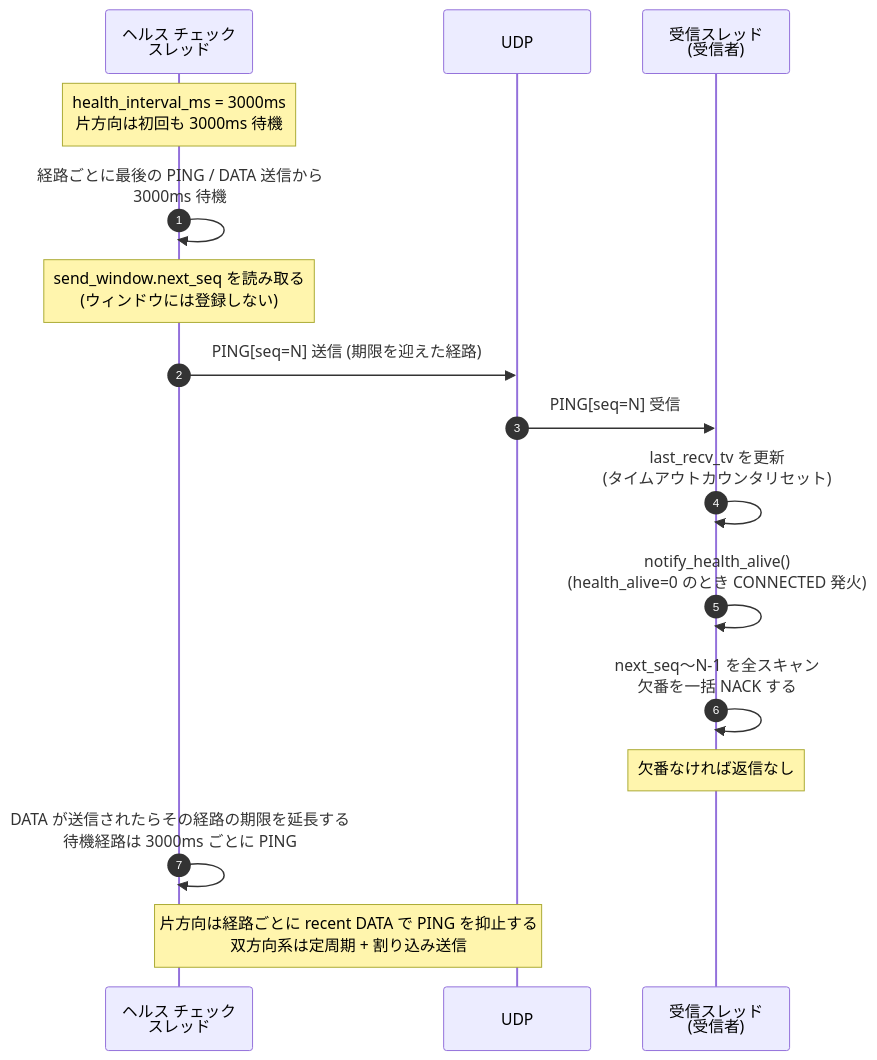
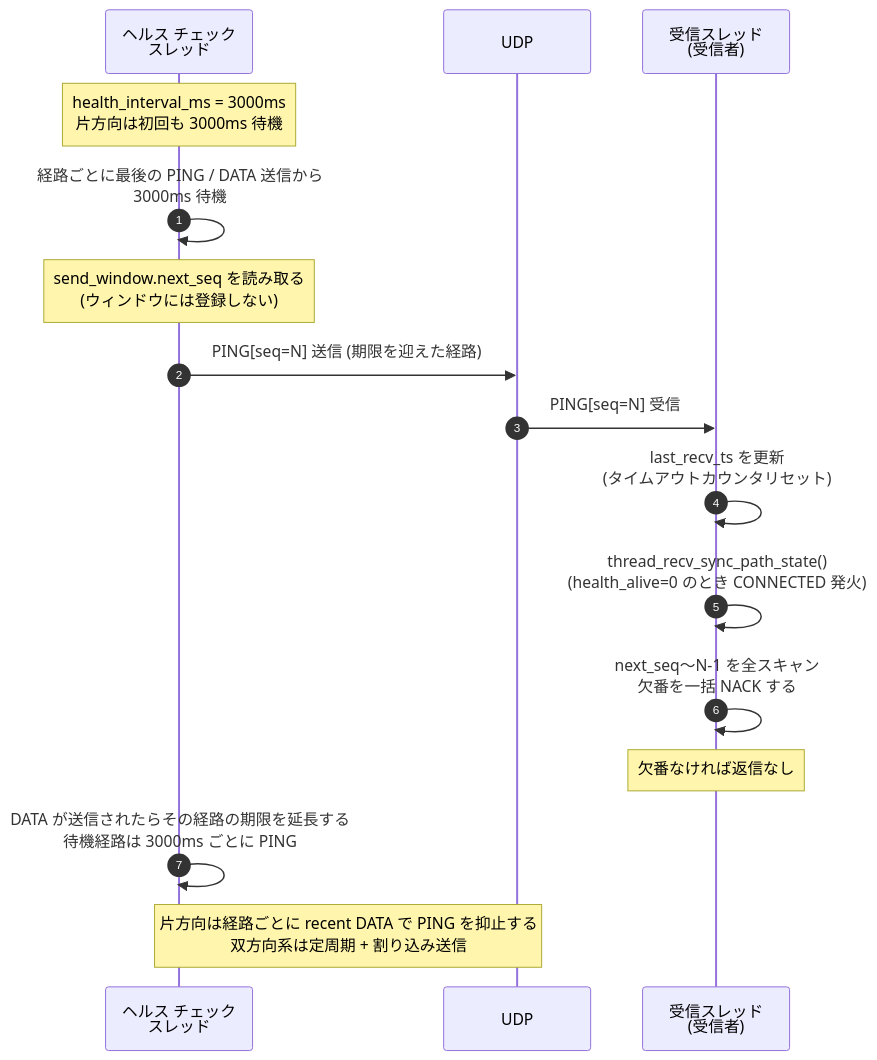
The first of 3 diagrams in docs/sequence-health.md (Hondarer/app_porter), drawn with Mermaid before and after one commit. The commit also changed other lines of this file and 58 other files, not shown here.

````diff
--- a/docs/sequence-health.md
+++ b/docs/sequence-health.md
@@ -20,23 +20,23 @@
 ```mermaid
 sequenceDiagram
     autonumber
     participant HT as ヘルス チェック<br>スレッド
     participant UDP as UDP
     participant RRT as 受信スレッド<br>(受信者)
 
     Note over HT: health_interval_ms = 3000ms<br>片方向は初回も 3000ms 待機
 
     HT->>HT: 経路ごとに最後の PING / DATA 送信から<br>3000ms 待機
     Note over HT: send_window.next_seq を読み取る<br>(ウィンドウには登録しない)
     HT->>UDP: PING[seq=N] 送信 (期限を迎えた経路)
 
     UDP->>RRT: PING[seq=N] 受信
-    RRT->>RRT: last_recv_tv を更新<br>(タイムアウトカウンタリセット)
-    RRT->>RRT: notify_health_alive()<br>(health_alive=0 のとき CONNECTED 発火)
+    RRT->>RRT: last_recv_ts を更新<br>(タイムアウトカウンタリセット)
+    RRT->>RRT: thread_recv_sync_path_state()<br>(health_alive=0 のとき CONNECTED 発火)
     RRT->>RRT: next_seq〜N-1 を全スキャン<br>欠番を一括 NACK する
     Note over RRT: 欠番なければ返信なし
 
     HT->>HT: DATA が送信されたらその経路の期限を延長する<br>待機経路は 3000ms ごとに PING
 
     Note over HT, UDP: 片方向は経路ごとに recent DATA で PING を抑止する<br>双方向系は定周期 + 割り込み送信
 ```
````
